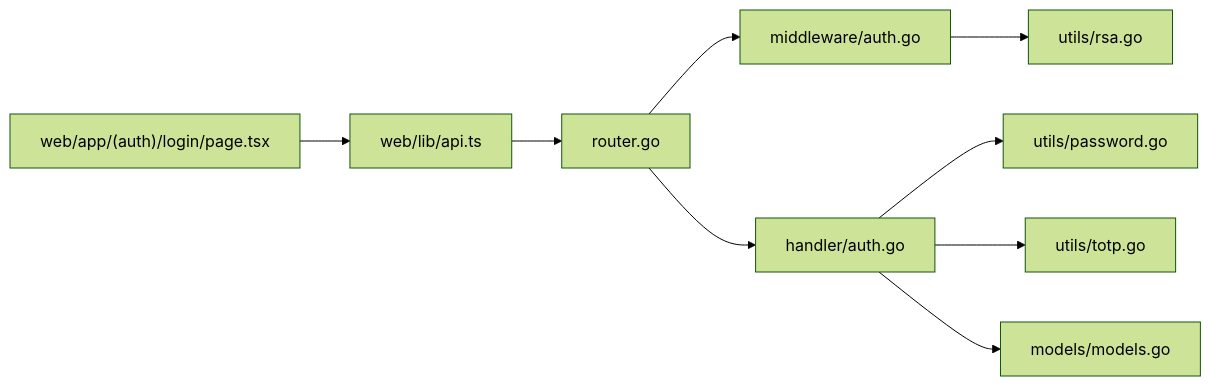
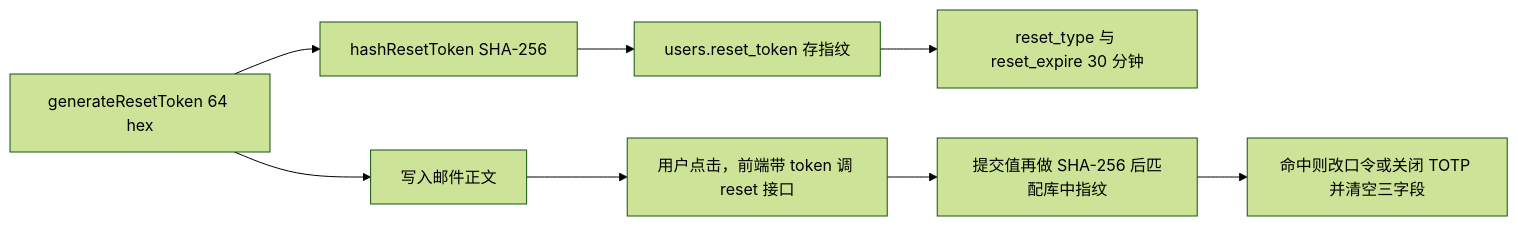
Before and after one commit to x01n/dnsplane: the eighth of 12 diagrams in docs/用户权限系统/认证机制.md, drawn with Mermaid (forest theme). The commit also changed other lines of this file and 326 other files, not shown here.

````diff
--- a/docs/用户权限系统/认证机制.md
+++ b/docs/用户权限系统/认证机制.md
@@ -297,11 +429,10 @@
 ```mermaid
-graph LR
-A["router.go"] --> B["middleware/auth.go"]
-A --> C["handler/auth.go"]
-C --> D["utils/password.go"]
-C --> E["utils/totp.go"]
-B --> F["utils/rsa.go"]
-C --> G["models/models.go"]
-H["web/lib/api.ts"] --> A
-I["web/app/(auth)/login/page.tsx"] --> H
+flowchart LR
+    A["generateResetToken 64 hex"] --> B["写入邮件正文"]
+    A --> C["hashResetToken SHA-256"]
+    C --> D["users.reset_token 存指纹"]
+    D --> E["reset_type 与 reset_expire 30 分钟"]
+    B --> F["用户点击，前端带 token 调 reset 接口"]
+    F --> G["提交值再做 SHA-256 后匹配库中指纹"]
+    G --> H["命中则改口令或关闭 TOTP 并清空三字段"]
 ```
````
